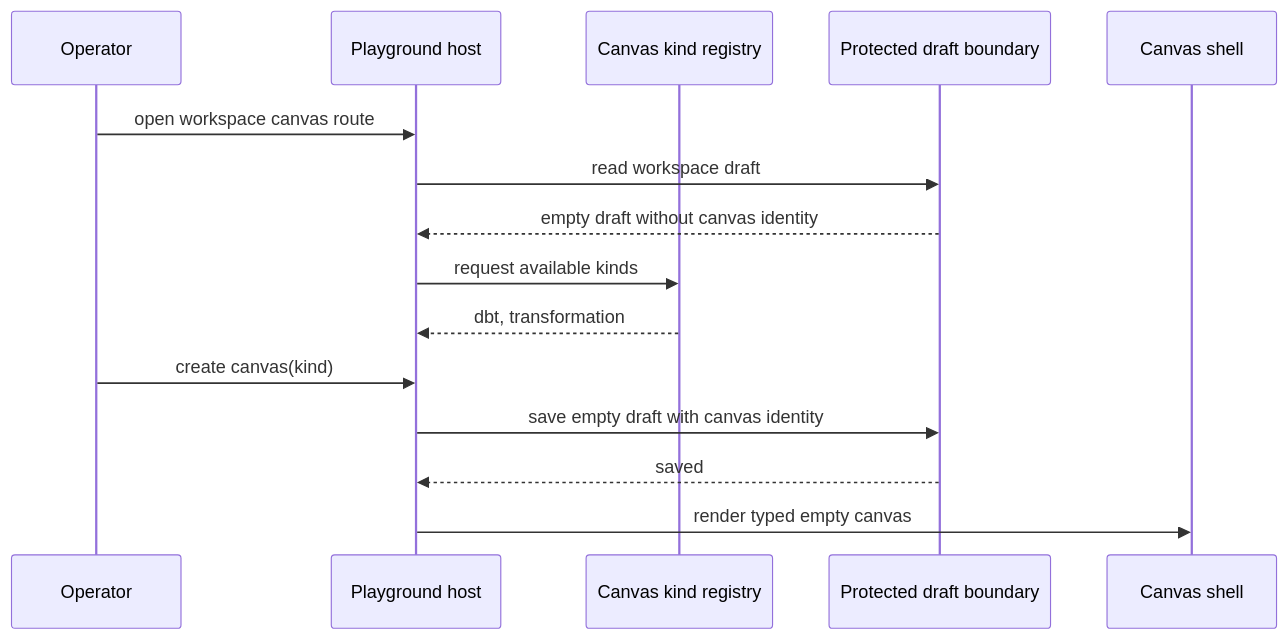
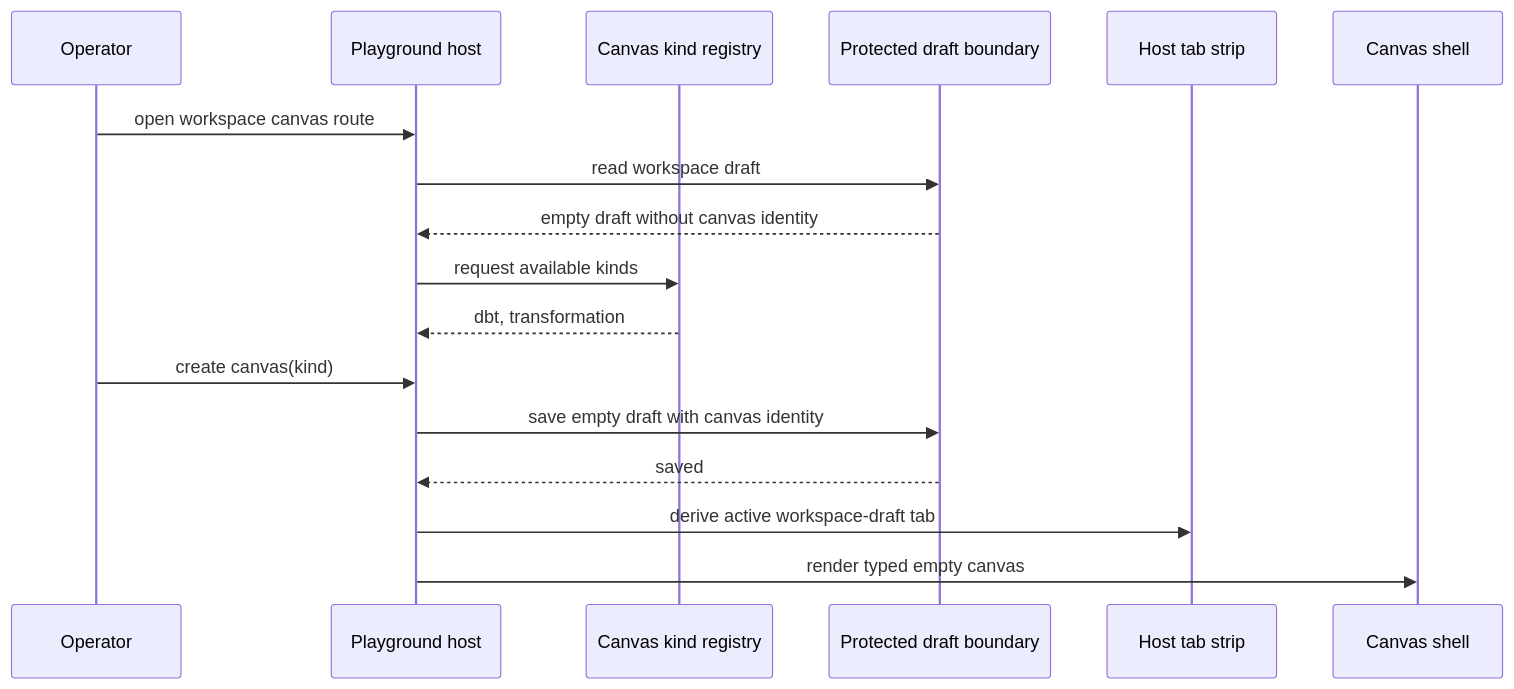
Before and after one commit to dunay2/dvt: the third of 3 diagrams in docs/architecture/components/web/graph/canvas-playground-host-component.md, drawn with Mermaid. The commit also changed other lines of this file and 18 other files, not shown here.

Commit message:
feat(web): Add host-owned canvas tab restoration

````diff
--- a/docs/architecture/components/web/graph/canvas-playground-host-component.md
+++ b/docs/architecture/components/web/graph/canvas-playground-host-component.md
@@ -114,18 +125,20 @@
 ```mermaid
 sequenceDiagram
   participant User as Operator
   participant Host as Playground host
   participant Registry as Canvas kind registry
   participant Draft as Protected draft boundary
+  participant Tabs as Host tab strip
   participant Shell as Canvas shell
 
   User->>Host: open workspace canvas route
   Host->>Draft: read workspace draft
   Draft-->>Host: empty draft without canvas identity
   Host->>Registry: request available kinds
   Registry-->>Host: dbt, transformation
   User->>Host: create canvas(kind)
   Host->>Draft: save empty draft with canvas identity
   Draft-->>Host: saved
+  Host->>Tabs: derive active workspace-draft tab
   Host->>Shell: render typed empty canvas
 ```
````
